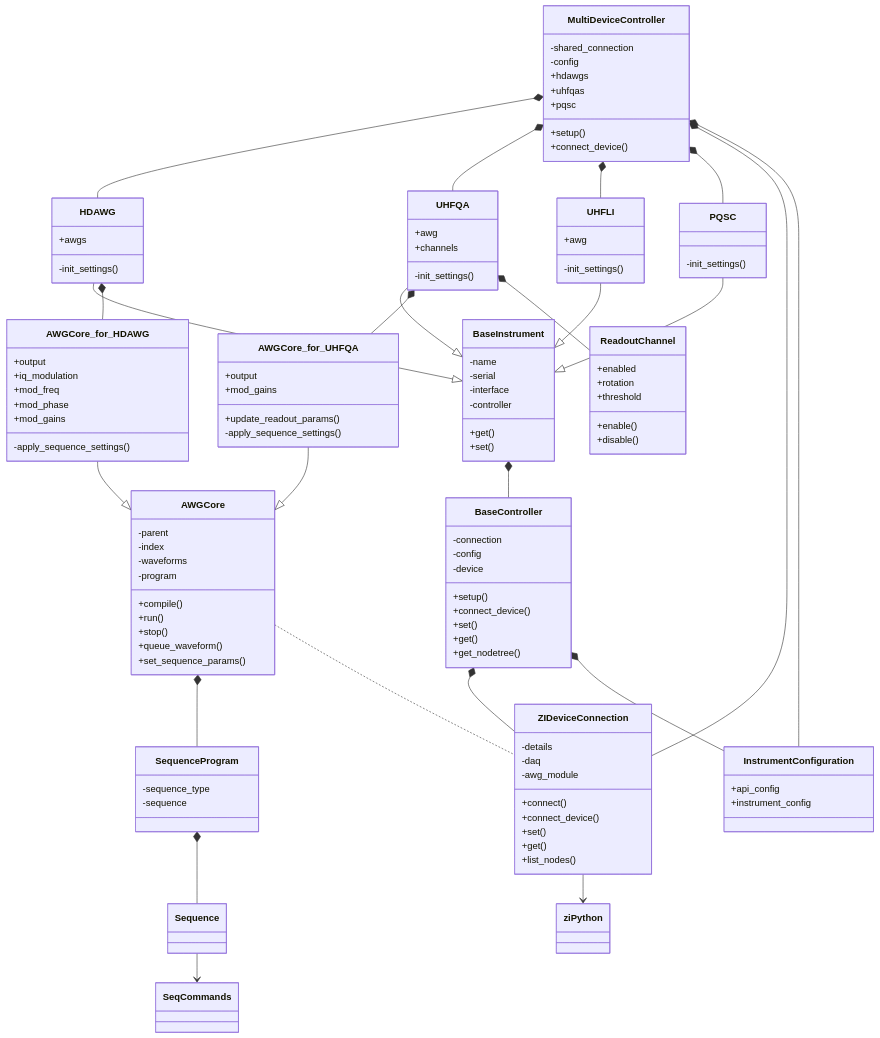
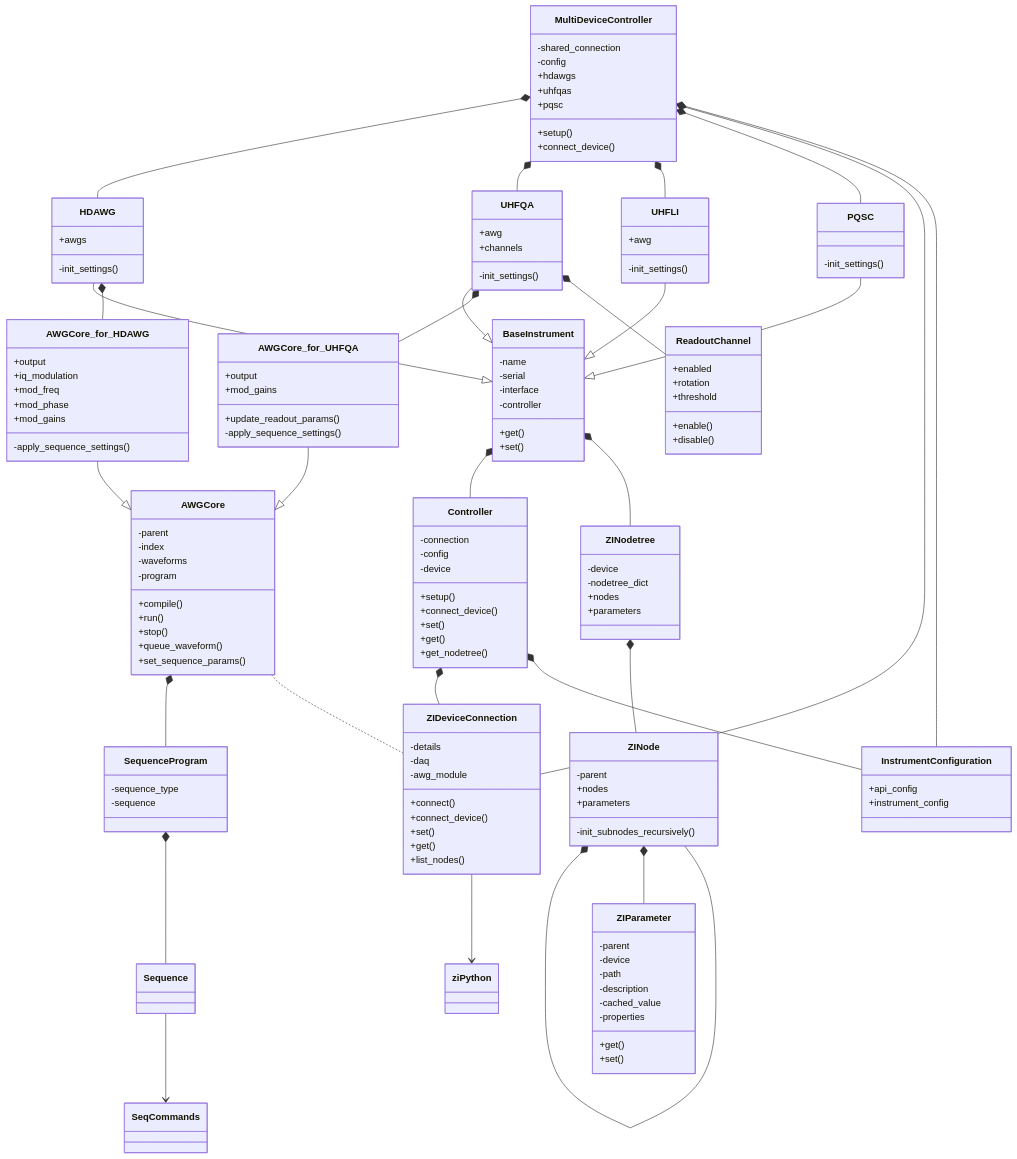
Before and after one commit to zhinst/zhinst-toolkit: the diagram in class_diagram.md, drawn with Mermaid. The commit also changed 1 other file, not shown here.

Commit message:
Update class diagram with nodetree

````diff
--- a/class_diagram.md
+++ b/class_diagram.md
@@ -4,9 +4,9 @@
 ```mermaid
 
 classDiagram
-    BaseController *-- ZIDeviceConnection
+    Controller *-- ZIDeviceConnection
     ZIDeviceConnection --> ziPython
-    BaseController *-- InstrumentConfiguration
+    Controller *-- InstrumentConfiguration
     AWGCore *-- SequenceProgram
     AWGCore .. ZIDeviceConnection
     SequenceProgram *-- Sequence
@@ -17,7 +17,7 @@
     UHFQA --|> BaseInstrument
     UHFLI --|> BaseInstrument
     PQSC --|> BaseInstrument
-    BaseInstrument *-- BaseController
+    BaseInstrument *-- Controller
     HDAWG *-- AWGCore_for_HDAWG
     UHFQA *-- AWGCore_for_UHFQA
     UHFQA *-- ReadoutChannel
@@ -27,10 +27,15 @@
     MultiDeviceController *-- PQSC
     MultiDeviceController *-- ZIDeviceConnection
     MultiDeviceController *-- InstrumentConfiguration
+    ZINodetree *-- ZINode
+    ZINode *-- ZINode
+    ZINode *-- ZIParameter
+    BaseInstrument *-- ZINodetree
+    
     
 
     
-    class BaseController{
+    class Controller{
         -connection
         -config
         -device
@@ -126,5 +131,27 @@
         +setup()
         +connect_device()
     }
+    class ZINodetree{
+        -device
+        -nodetree_dict
+        +nodes
+        +parameters
+    }
+    class ZINode{
+        -parent
+        +nodes
+        +parameters
+        -init_subnodes_recursively()
+    }
+    class ZIParameter{
+        -parent
+        -device
+        -path
+        -description
+        -cached_value
+        -properties
+        +get()
+        +set()
+    }
 
 ```
````
